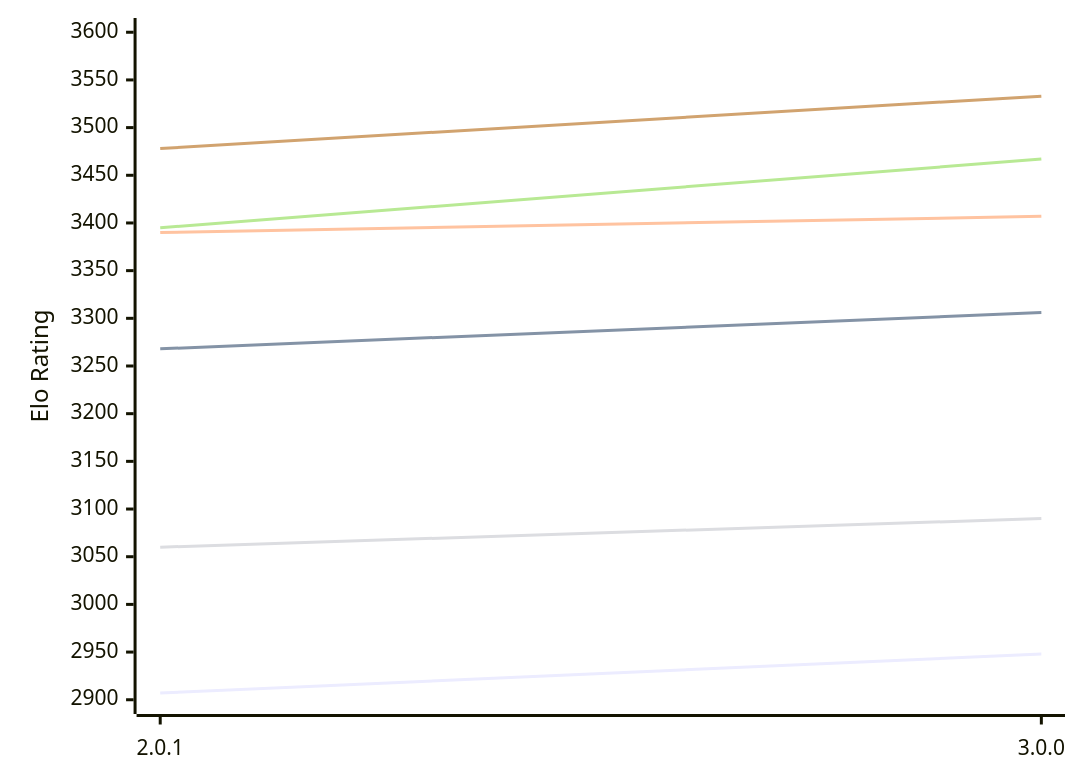
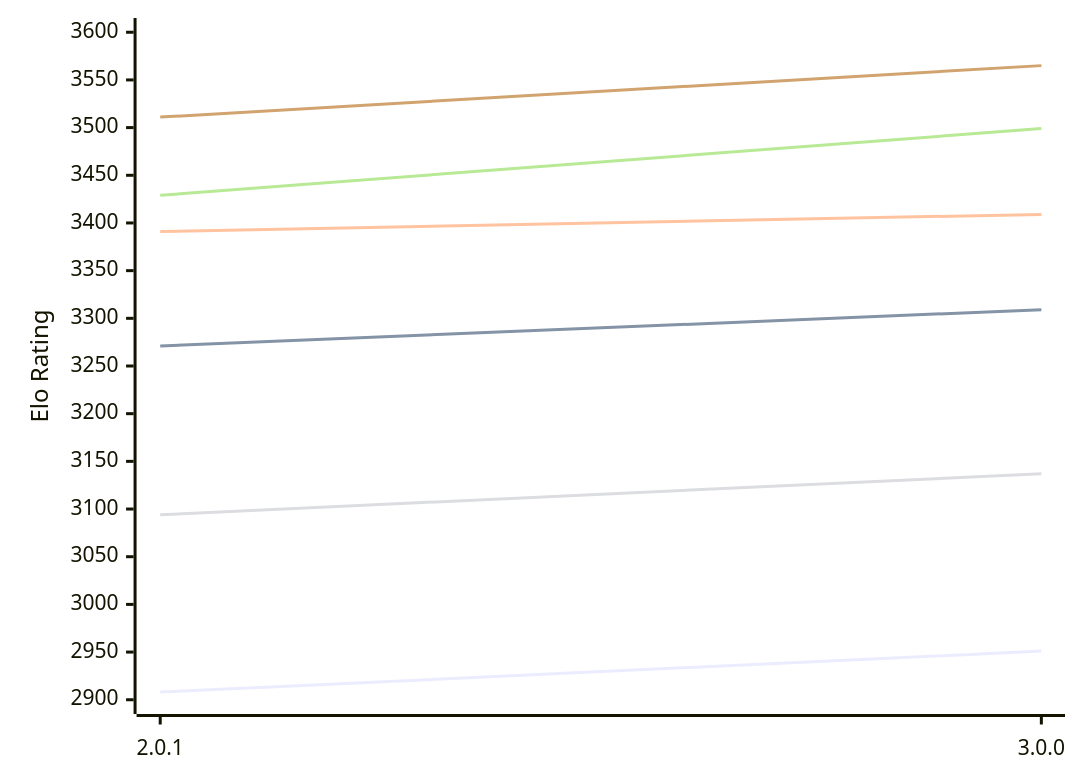
One commit to computer-chess-index/cci changed the first of 2 diagrams in engines/Grail.md. Above: the diagram before and after it, drawn with Mermaid. The commit also changed other lines of this file, not shown here.

Commit message:
Update CCI Ratings (ELO VLTC) - 2026-11-05

````diff
--- a/engines/Grail.md
+++ b/engines/Grail.md
@@ -56,12 +56,12 @@
 ```mermaid
 %%{init: {"theme":"base","themeVariables":{"seriesColors:['#a3a3a3','#222221','#faa371']}}}%%
 xychart-beta
   x-axis ["2.0.1", "3.0.0"]
   y-axis "Elo Rating" 2900 --> 3600
-  line "E1: STC (8.0+0.08s)" [2907, 2948]
-  line "E1: LTC (60.0+0.60s)" [3268, 3306]
-  line "E1: VLTC (2m24s+1.12s)" [3390, 3407]
-  line "P1: STC (8.0+0.08s)" [3060, 3090]
-  line "P1: LTC (60.0+0.60s)" [3395, 3467]
-  line "P1: VLTC (2m24s+1.12s)" [3478, 3533]
+  line "E1: STC (8.0+0.08s)" [2908, 2951]
+  line "E1: LTC (60.0+0.60s)" [3271, 3309]
+  line "E1: VLTC (2m24s+1.12s)" [3391, 3409]
+  line "P1: STC (8.0+0.08s)" [3094, 3137]
+  line "P1: LTC (60.0+0.60s)" [3429, 3499]
+  line "P1: VLTC (2m24s+1.12s)" [3511, 3565]
 ```
````
